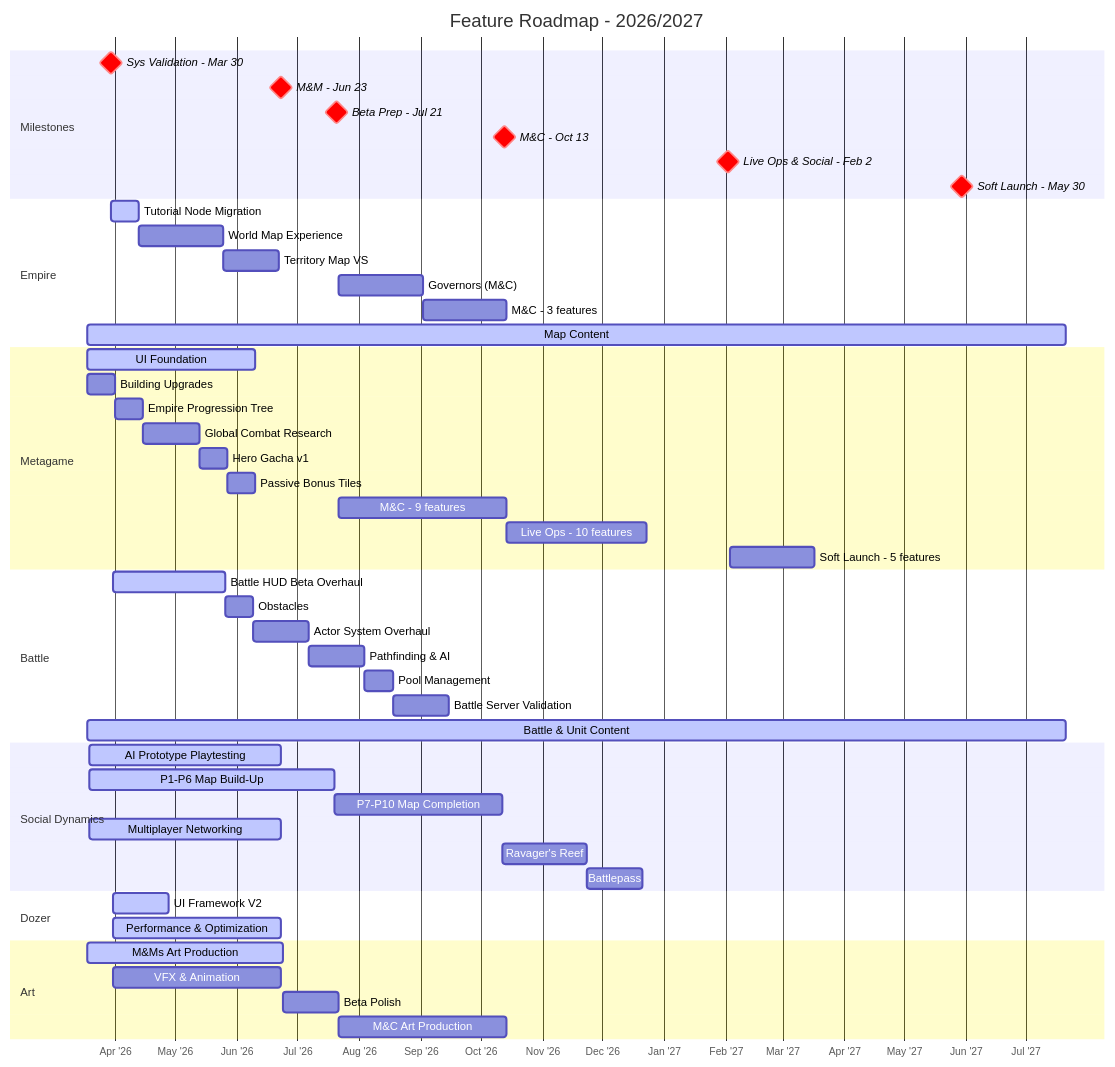
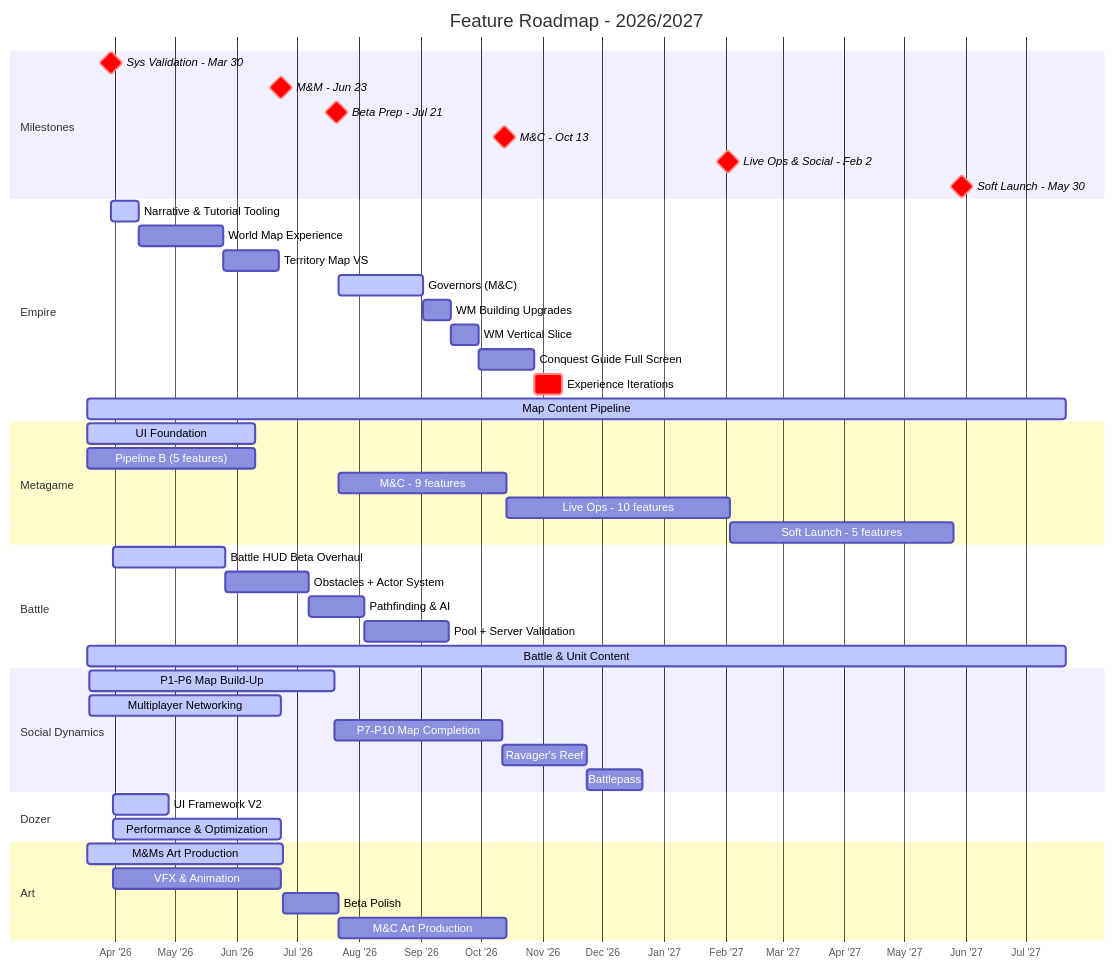
The diagram in generated/roadmap.md (timwilliams-prod/proj-chimera-documentation-brain), drawn with Mermaid before and after one commit. The commit also changed other lines of this file and 5 other files, not shown here.

Commit message:
updating Roadmap, and splitting out Empire Content details

````diff
--- a/generated/roadmap.md
+++ b/generated/roadmap.md
@@ -16,61 +16,57 @@
 ```mermaid
 gantt
     title Feature Roadmap - 2026/2027
     dateFormat YYYY-MM-DD
     axisFormat %b '%y
     tickInterval 1month
 
     section Milestones
     Sys Validation - Mar 30   :crit, milestone, 2026-03-30, 0d
     M&M - Jun 23              :crit, milestone, 2026-06-23, 0d
     Beta Prep - Jul 21        :crit, milestone, 2026-07-21, 0d
     M&C - Oct 13              :crit, milestone, 2026-10-13, 0d
     Live Ops & Social - Feb 2 :crit, milestone, 2027-02-02, 0d
     Soft Launch - May 30      :crit, milestone, 2027-05-30, 0d
 
     section Empire
-    Tutorial Node Migration    :active,  emp1, 2026-03-30, 14d
+    Narrative & Tutorial Tooling :active,  emp1, 2026-03-30, 14d
     World Map Experience       :         emp2, after emp1, 42d
     Territory Map VS           :         emp3, after emp2, 28d
-    Governors (M&C)            :         emp4, 2026-07-22, 42d
-    M&C - 3 features           :         emp5, after emp4, 42d
-    Map Content                :active,  emp_content, 2026-03-18, 490d
+    Governors (M&C)            :active,  emp4, 2026-07-22, 42d
+    WM Building Upgrades       :         emp5, after emp4, 14d
+    WM Vertical Slice          :         emp6, after emp5, 14d
+    Conquest Guide Full Screen :         emp7, after emp6, 28d
+    Experience Iterations      :crit,    emp8, after emp7, 14d
+    Map Content Pipeline       :active,  emp_content, 2026-03-18, 490d
 
     section Metagame
     UI Foundation              :active, meta_a, 2026-03-18, 84d
-    Building Upgrades          :meta1, 2026-03-18, 14d
-    Empire Progression Tree    :meta2, after meta1, 14d
-    Global Combat Research     :meta3, after meta2, 28d
-    Hero Gacha v1              :meta4, after meta3, 14d
-    Passive Bonus Tiles        :meta5, after meta4, 14d
-    M&C - 9 features           :meta_mc, 2026-07-22, 84d
-    Live Ops - 10 features     :meta_lo, 2026-10-14, 70d
-    Soft Launch - 5 features   :meta_sl, 2027-02-03, 42d
+    Pipeline B (5 features)    :        meta_b, 2026-03-18, 84d
+    M&C - 9 features           :        meta_mc, 2026-07-22, 84d
+    Live Ops - 10 features     :        meta_lo, 2026-10-14, 112d
+    Soft Launch - 5 features   :        meta_sl, 2027-02-03, 112d
 
     section Battle
     Battle HUD Beta Overhaul   :active,  bat1, 2026-03-31, 56d
-    Obstacles                  :         bat2, after bat1, 14d
-    Actor System Overhaul      :         bat3, after bat2, 28d
-    Pathfinding & AI           :         bat4, after bat3, 28d
-    Pool Management            :         bat_bp, after bat4, 14d
-    Battle Server Validation   :         bat5, after bat_bp, 28d
+    Obstacles + Actor System   :         bat2, after bat1, 42d
+    Pathfinding & AI           :         bat4, after bat2, 28d
+    Pool + Server Validation   :         bat5, after bat4, 42d
     Battle & Unit Content      :active,  bat_content, 2026-03-18, 490d
 
     section Social Dynamics
-    AI Prototype Playtesting   :active,  soc_ai, 2026-03-19, 2026-06-23
     P1-P6 Map Build-Up         :active,  soc1, 2026-03-19, 2026-07-20
+    Multiplayer Networking     :active,  soc_net, 2026-03-19, 2026-06-23
     P7-P10 Map Completion      :         soc2, after soc1, 84d
-    Multiplayer Networking     :active,  soc_net, 2026-03-19, 2026-06-23
     Ravager's Reef             :         soc_rr, after soc2, 42d
     Battlepass                 :         soc_bp, after soc_rr, 28d
 
     section Dozer
     UI Framework V2            :active,  doz1, 2026-03-31, 28d
     Performance & Optimization :active,  doz2, 2026-03-31, 84d
 
     section Art
     M&Ms Art Production        :active,  art1, 2026-03-18, 98d
     VFX & Animation            :         art4, 2026-03-31, 84d
     Beta Polish                :         art_bp, 2026-06-24, 28d
     M&C Art Production         :         art5, 2026-07-22, 84d
 ```
````
